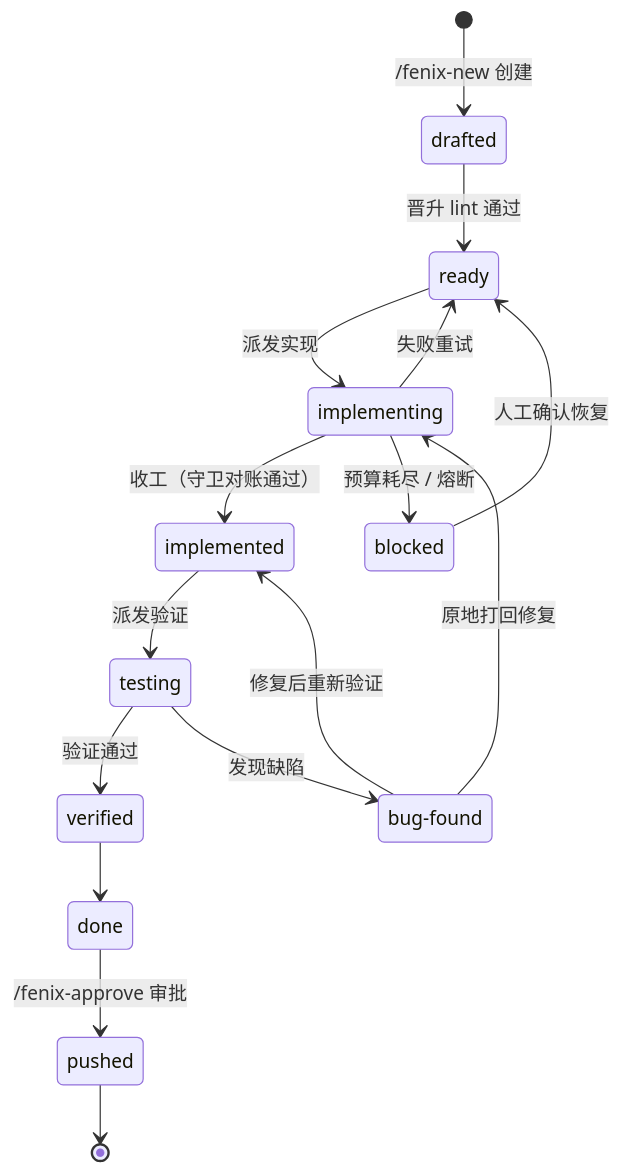
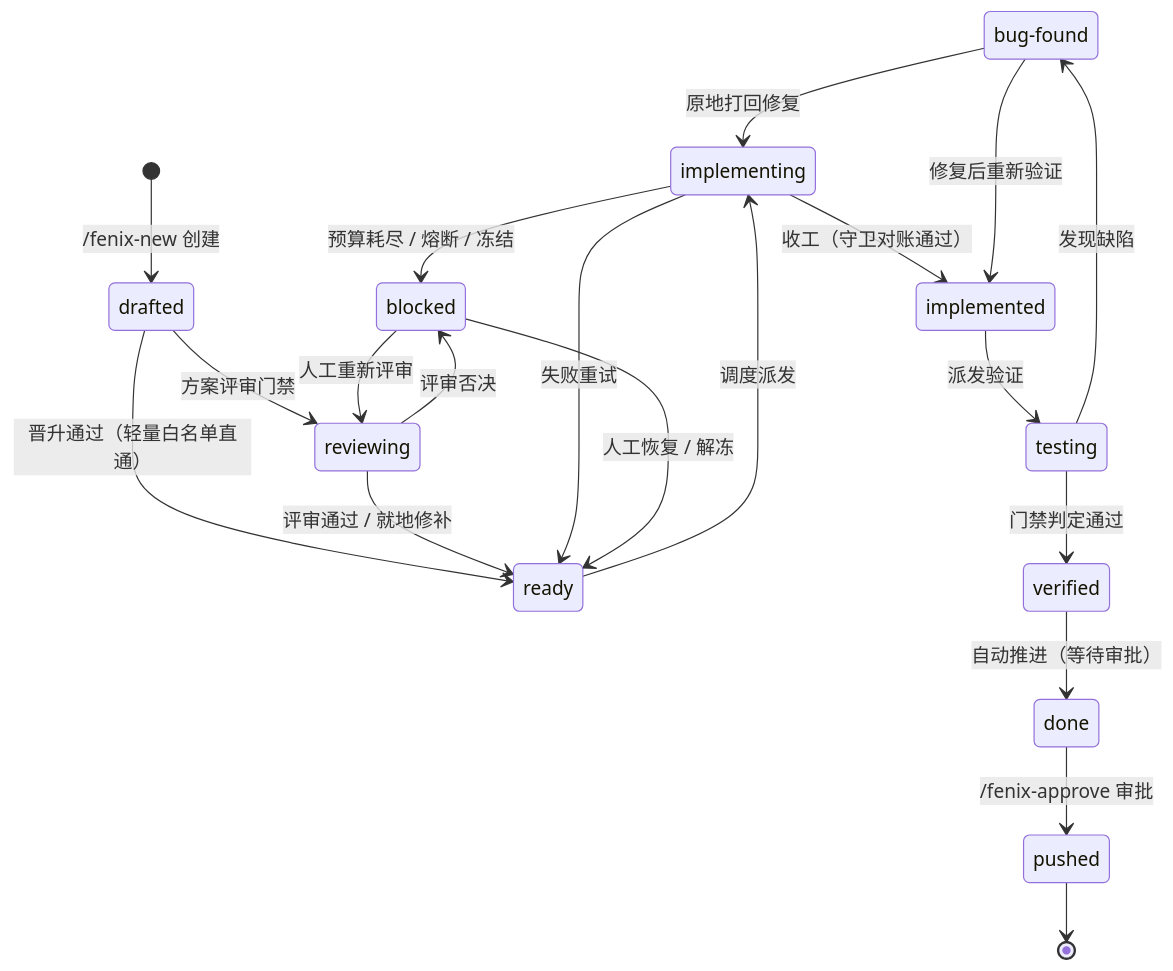
One commit to fenixsoft/fenixd changed the second of 3 diagrams in README.md. Above: the diagram before and after it, drawn with Mermaid. The commit also changed other lines of this file and 36 other files, not shown here.

````diff
--- a/README.md
+++ b/README.md
@@ -70,19 +76,23 @@
 ```mermaid
 stateDiagram-v2
+    state "bug-found" as bugfound
     [*] --> drafted: /fenix-new 创建
-    drafted --> ready: 晋升 lint 通过
-    ready --> implementing: 派发实现
+    drafted --> ready: 晋升通过（轻量白名单直通）
+    drafted --> reviewing: 方案评审门禁
+    reviewing --> ready: 评审通过 / 就地修补
+    reviewing --> blocked: 评审否决
+    ready --> implementing: 调度派发
     implementing --> implemented: 收工（守卫对账通过）
     implementing --> ready: 失败重试
-    implementing --> blocked: 预算耗尽 / 熔断
+    implementing --> blocked: 预算耗尽 / 熔断 / 冻结
     implemented --> testing: 派发验证
-    testing --> verified: 验证通过
+    testing --> verified: 门禁判定通过
     testing --> bugfound: 发现缺陷
-    state "bug-found" as bugfound
     bugfound --> implementing: 原地打回修复
     bugfound --> implemented: 修复后重新验证
-    blocked --> ready: 人工确认恢复
-    verified --> done
+    verified --> done: 自动推进（等待审批）
     done --> pushed: /fenix-approve 审批
+    blocked --> ready: 人工恢复 / 解冻
+    blocked --> reviewing: 人工重新评审
     pushed --> [*]
 ```
````
